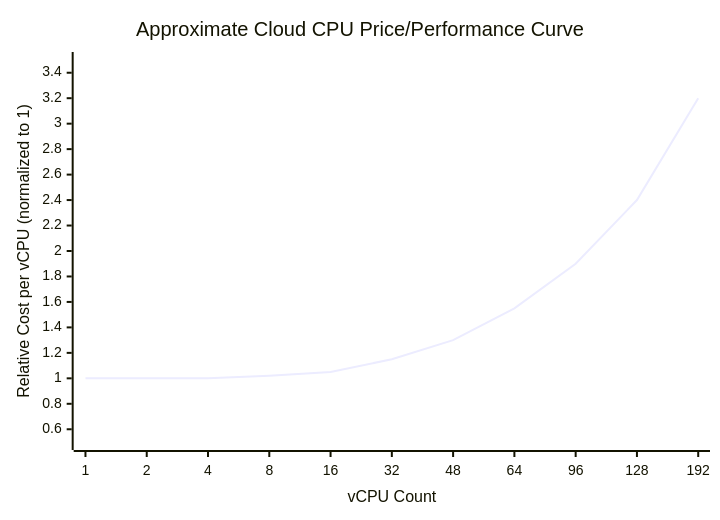
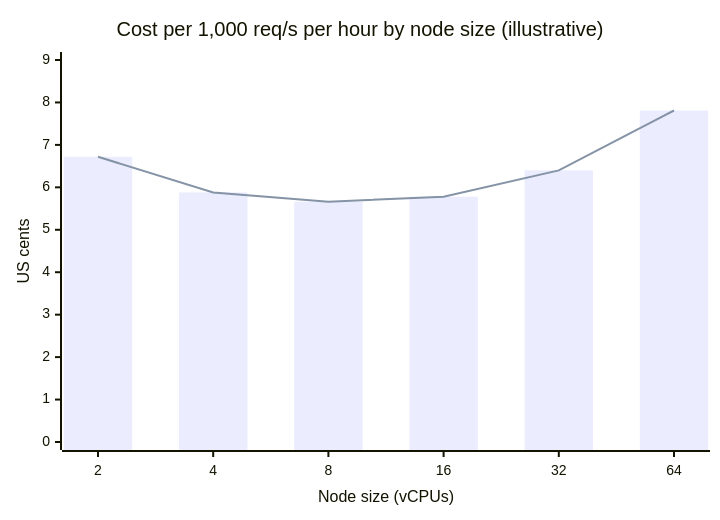
One commit to gorkemsari/distributed-systems changed the first of 5 diagrams in src/content/docs/en/foundations/monoliths-to-distributed/cost-performance-curves.mdx. Above: the diagram before and after it, drawn with Mermaid. The commit also changed other lines of this file and 3 other files, not shown here.

First line of the commit message:
docs(foundations/monoliths-to-distributed/cost-performance-curves): generate EN/TR

````diff
--- a/src/content/docs/en/foundations/monoliths-to-distributed/cost-performance-curves.mdx
+++ b/src/content/docs/en/foundations/monoliths-to-distributed/cost-performance-curves.mdx
@@ -55,7 +38,8 @@
 ```mermaid
 xychart-beta
-    title "Approximate Cloud CPU Price/Performance Curve"
-    x-axis "vCPU Count" [1, 2, 4, 8, 16, 32, 48, 64, 96, 128, 192]
-    y-axis "Relative Cost per vCPU (normalized to 1)" 0.5 --> 3.5
-    line [1.0, 1.0, 1.0, 1.02, 1.05, 1.15, 1.3, 1.55, 1.9, 2.4, 3.2]
+    title "Cost per 1,000 req/s per hour by node size (illustrative)"
+    x-axis "Node size (vCPUs)" [2, 4, 8, 16, 32, 64]
+    y-axis "US cents" 0 --> 9
+    bar [6.72, 5.88, 5.66, 5.78, 6.40, 7.81]
+    line [6.72, 5.88, 5.66, 5.78, 6.40, 7.81]
 ```
````
